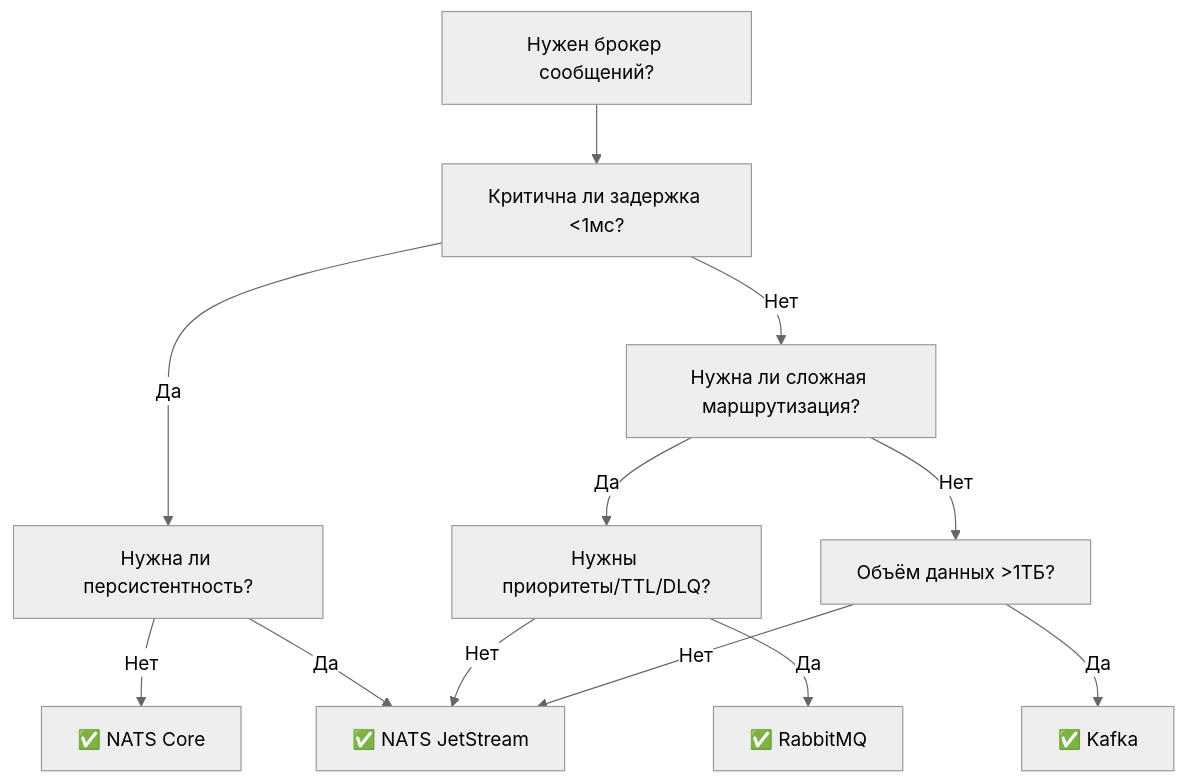
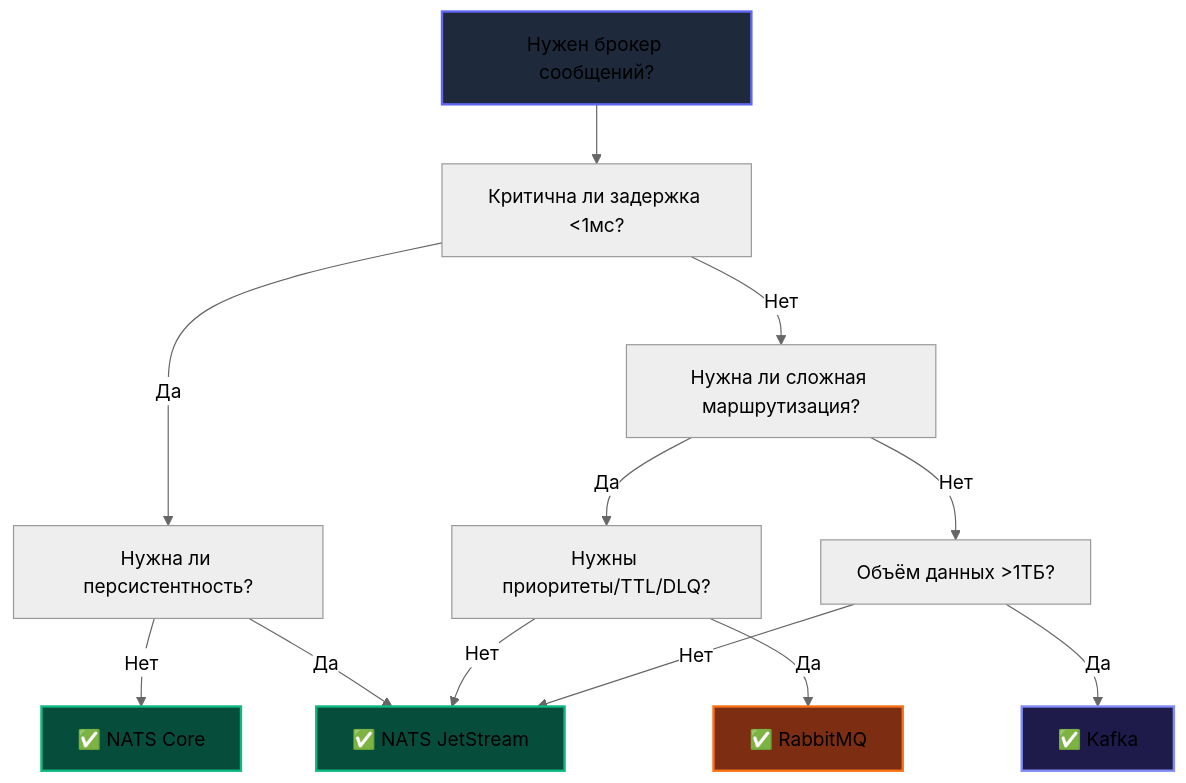
The second of 2 diagrams in sources/13. Очереди, брокеры сообщений и оркестраторы/04. NATS/7. Когда выбирать NATS.md (UnrealTemplier/go-textbook), drawn with Mermaid (neutral theme) before and after one commit. The commit also changed other lines of this file, not shown here.

Commit message:
feat(module-13): editorial rewrite of lecture 7 (When to choose NATS) in Subsection 4 in Kernighan style

````diff
--- a/sources/13. Очереди, брокеры сообщений и оркестраторы/04. NATS/7. Когда выбирать NATS.md
+++ b/sources/13. Очереди, брокеры сообщений и оркестраторы/04. NATS/7. Когда выбирать NATS.md
@@ -230,19 +261,25 @@
 ```mermaid
 flowchart TD
     Start["Нужен брокер сообщений?"] --> Q1["Критична ли задержка <1мс?"]
     
     Q1 -->|Да| Q2["Нужна ли персистентность?"]
     Q1 -->|Нет| Q3["Нужна ли сложная маршрутизация?"]
     
     Q2 -->|Нет| NATS_Core["✅ NATS Core"]
     Q2 -->|Да| NATS_JS["✅ NATS JetStream"]
     
     Q3 -->|Да| Q4["Нужны приоритеты/TTL/DLQ?"]
     Q3 -->|Нет| Q5["Объём данных >1ТБ?"]
     
     Q4 -->|Да| RabbitMQ["✅ RabbitMQ"]
     Q4 -->|Нет| NATS_JS
     
     Q5 -->|Да| Kafka["✅ Kafka"]
     Q5 -->|Нет| NATS_JS
+    
+    style Start fill:#1e293b,stroke:#6366f1,stroke-width:2px
+    style NATS_Core fill:#064e3b,stroke:#10b981,stroke-width:2px
+    style NATS_JS fill:#064e3b,stroke:#10b981,stroke-width:2px
+    style RabbitMQ fill:#7c2d12,stroke:#f97316,stroke-width:2px
+    style Kafka fill:#1e1b4b,stroke:#818cf8,stroke-width:2px
 ```
````
